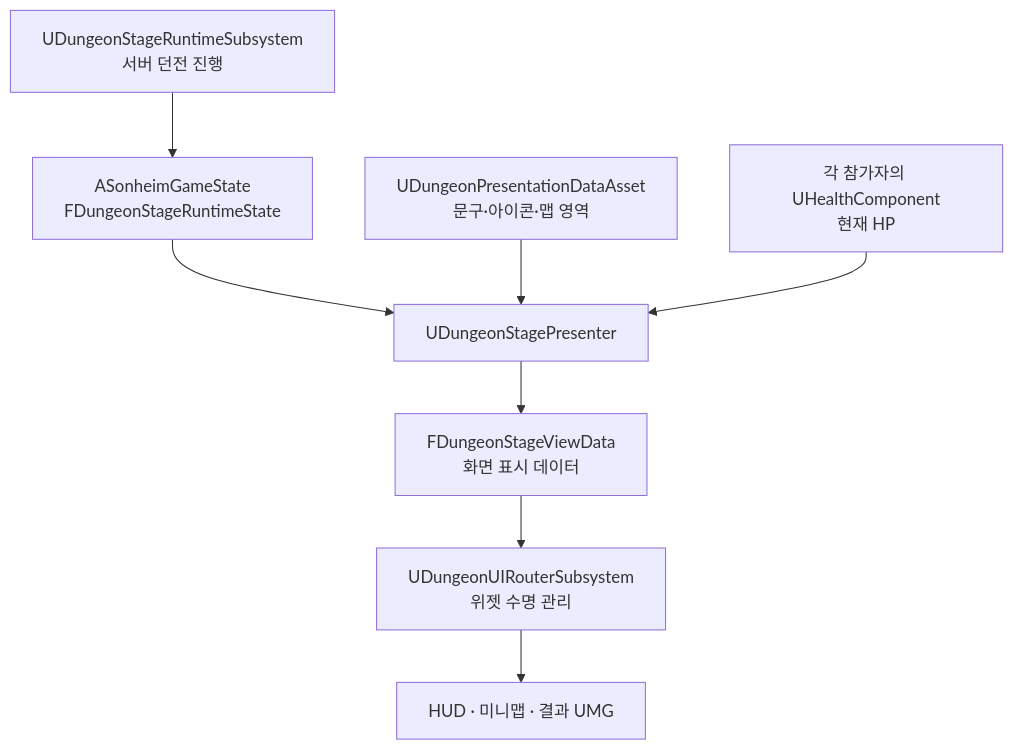
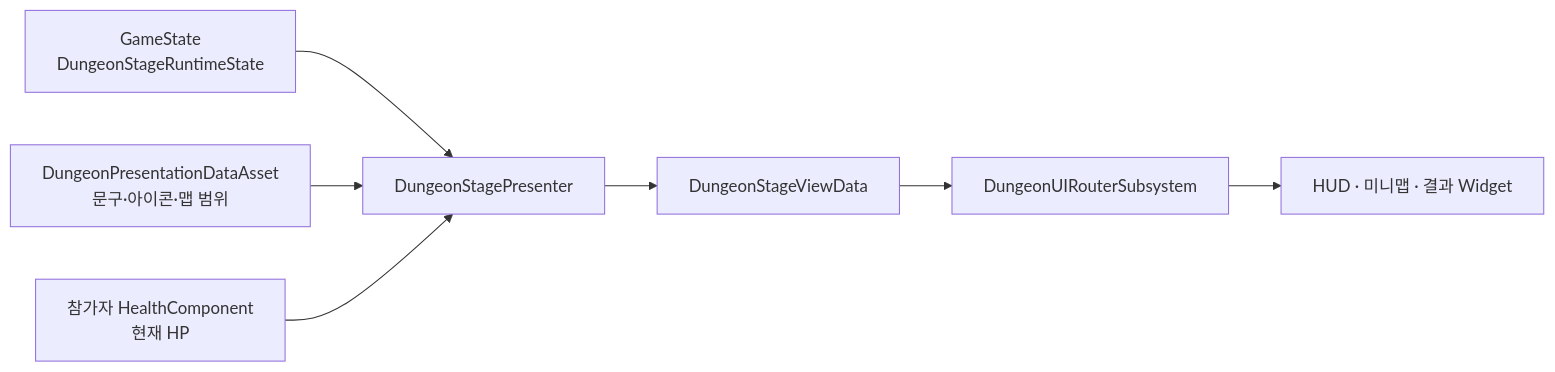
One commit to chungheonLee0325/Sonheim changed the second of 2 diagrams in Doc/Wiki/11_Client_State_Presentation_Pipeline.md. Above: the diagram before and after it, drawn with Mermaid. The commit also changed other lines of this file, not shown here.

Commit message:
docs: center UI presentation on view data, widget updates and dungeon lifecycle

```diff
--- a/Doc/Wiki/11_Client_State_Presentation_Pipeline.md
+++ b/Doc/Wiki/11_Client_State_Presentation_Pipeline.md
@@ -265,10 +69,9 @@
 ~~~mermaid
-flowchart TB
-    SERVER["UDungeonStageRuntimeSubsystem<br/>서버 던전 진행"] --> STATE["ASonheimGameState<br/>FDungeonStageRuntimeState"]
-    STATE --> PRES["UDungeonStagePresenter"]
-    DEF["UDungeonPresentationDataAsset<br/>문구·아이콘·맵 영역"] --> PRES
-    HEALTH["각 참가자의 UHealthComponent<br/>현재 HP"] --> PRES
-    PRES --> VIEW["FDungeonStageViewData<br/>화면 표시 데이터"]
-    VIEW --> ROUTER["UDungeonUIRouterSubsystem<br/>위젯 수명 관리"]
-    ROUTER --> WIDGET["HUD · 미니맵 · 결과 UMG"]
+flowchart LR
+    S["GameState<br/>DungeonStageRuntimeState"] --> P["DungeonStagePresenter"]
+    D["DungeonPresentationDataAsset<br/>문구·아이콘·맵 범위"] --> P
+    H["참가자 HealthComponent<br/>현재 HP"] --> P
+    P --> V["DungeonStageViewData"]
+    V --> R["DungeonUIRouterSubsystem"]
+    R --> W["HUD · 미니맵 · 결과 Widget"]
 ~~~
```
